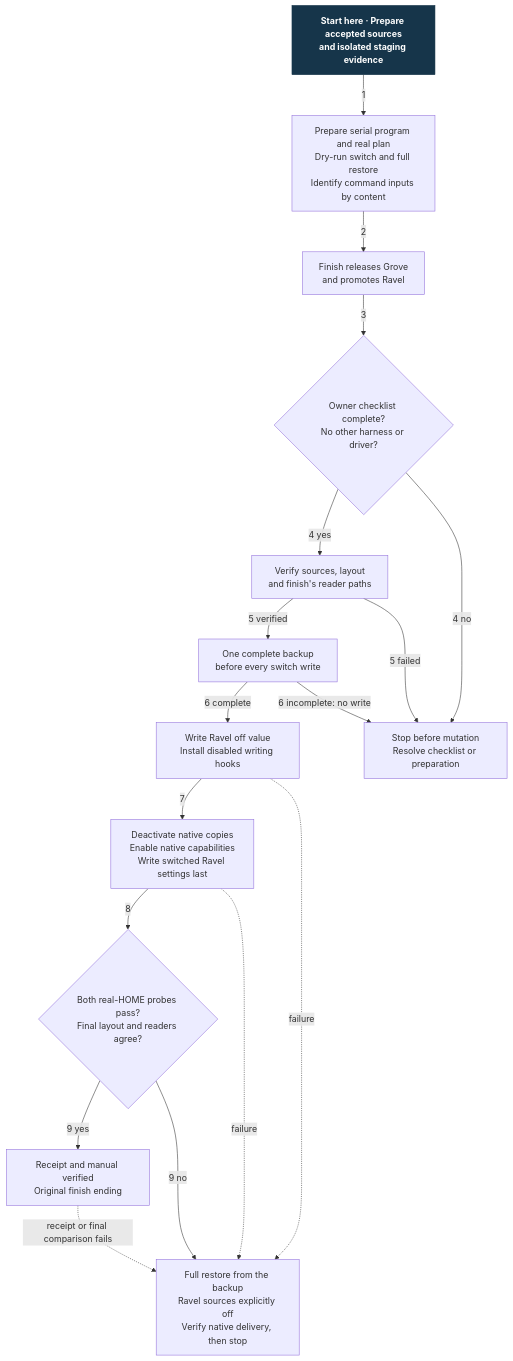
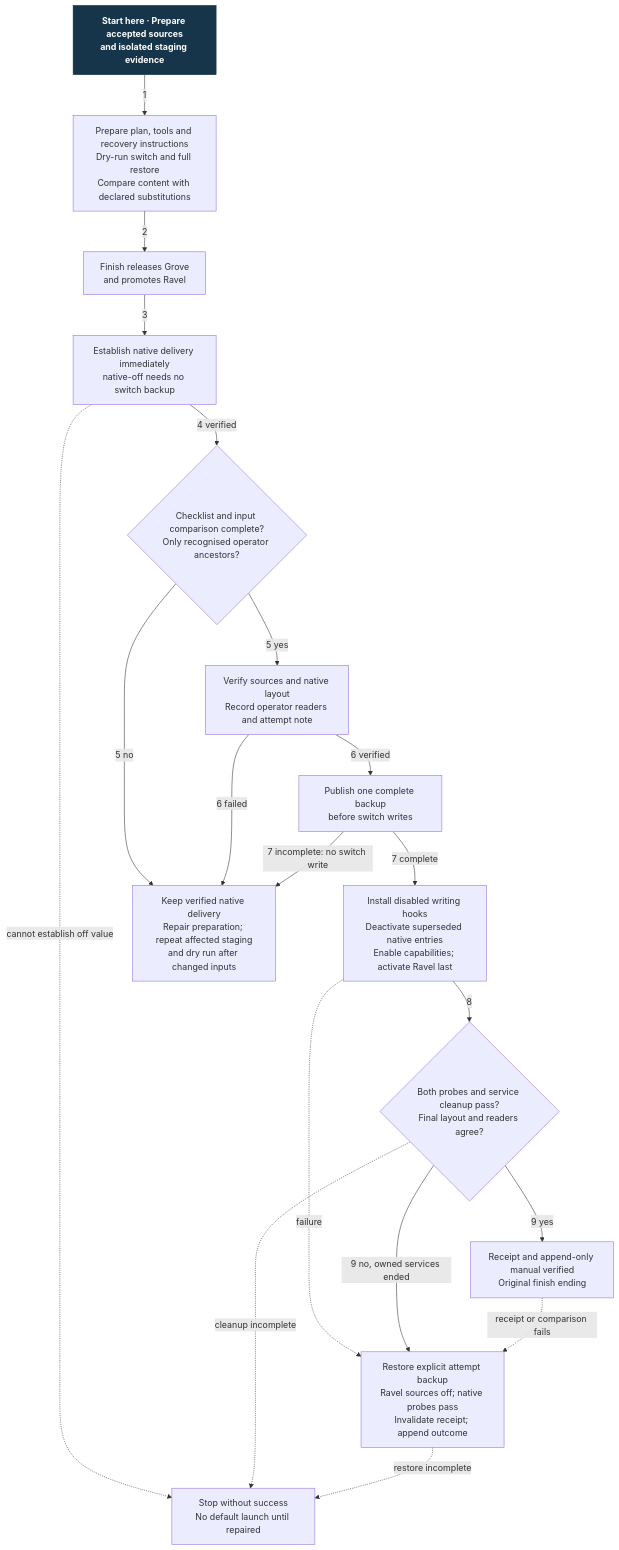
Before and after one commit to Linkuistics/grove: the diagram in docs/design/harness-selection-and-execution/owner-cutover.mmd, drawn with Mermaid. The commit also changed 11 other files, not shown here.

First line of the commit message:
Integrate owner switch design review (owner-switch-simplification-k263)

```diff
--- a/docs/design/harness-selection-and-execution/owner-cutover.mmd
+++ b/docs/design/harness-selection-and-execution/owner-cutover.mmd
@@ -1,31 +1,33 @@
 flowchart TB
     A["Start here · Prepare accepted sources<br/>and isolated staging evidence"]
-    B["Prepare serial program and real plan<br/>Dry-run switch and full restore<br/>Identify command inputs by content"]
+    B["Prepare plan, tools and recovery instructions<br/>Dry-run switch and full restore<br/>Compare content with declared substitutions"]
     C["Finish releases Grove<br/>and promotes Ravel"]
-    D{"Owner checklist complete?<br/>No other harness or driver?"}
-    E["Verify sources, layout<br/>and finish's reader paths"]
-    F["One complete backup<br/>before every switch write"]
-    G["Write Ravel off value<br/>Install disabled writing hooks"]
-    H["Deactivate native copies<br/>Enable native capabilities<br/>Write switched Ravel settings last"]
-    I{"Both real-HOME probes pass?<br/>Final layout and readers agree?"}
-    J["Receipt and manual verified<br/>Original finish ending"]
-    R["Full restore from the backup<br/>Ravel sources explicitly off<br/>Verify native delivery, then stop"]
-    S["Stop before mutation<br/>Resolve checklist or preparation"]
+    O["Establish native delivery immediately<br/>native-off needs no switch backup"]
+    D{"Checklist and input comparison complete?<br/>Only recognised operator ancestors?"}
+    E["Verify sources and native layout<br/>Record operator readers and attempt note"]
+    F["Publish one complete backup<br/>before switch writes"]
+    G["Install disabled writing hooks<br/>Deactivate superseded native entries<br/>Enable capabilities; activate Ravel last"]
+    I{"Both probes and service cleanup pass?<br/>Final layout and readers agree?"}
+    J["Receipt and append-only manual verified<br/>Original finish ending"]
+    R["Restore explicit attempt backup<br/>Ravel sources off; native probes pass<br/>Invalidate receipt; append outcome"]
+    S["Keep verified native delivery<br/>Repair preparation; repeat affected staging<br/>and dry run after changed inputs"]
     A -->|"1"| B
     B -->|"2"| C
-    C -->|"3"| D
-    D -->|"4 yes"| E
-    D -->|"4 no"| S
-    E -->|"5 verified"| F
-    E -->|"5 failed"| S
-    F -->|"6 complete"| G
-    F -->|"6 incomplete: no write"| S
-    G -->|"7"| H
-    H -->|"8"| I
+    C -->|"3"| O
+    O -->|"4 verified"| D
+    D -->|"5 yes"| E
+    D -->|"5 no"| S
+    E -->|"6 verified"| F
+    E -->|"6 failed"| S
+    F -->|"7 complete"| G
+    F -->|"7 incomplete: no switch write"| S
+    G -->|"8"| I
     I -->|"9 yes"| J
     G -.->|"failure"| R
-    H -.->|"failure"| R
-    I -->|"9 no"| R
-    J -.->|"receipt or final comparison fails"| R
+    I -->|"9 no, owned services ended"| R
+    J -.->|"receipt or comparison fails"| R
+    O -.->|"cannot establish off value"| X["Stop without success<br/>No default launch until repaired"]
+    I -.->|"cleanup incomplete"| X
+    R -.->|"restore incomplete"| X
     classDef start fill:#16354a,color:#fff,stroke:#16354a,font-weight:bold
     class A start
```
